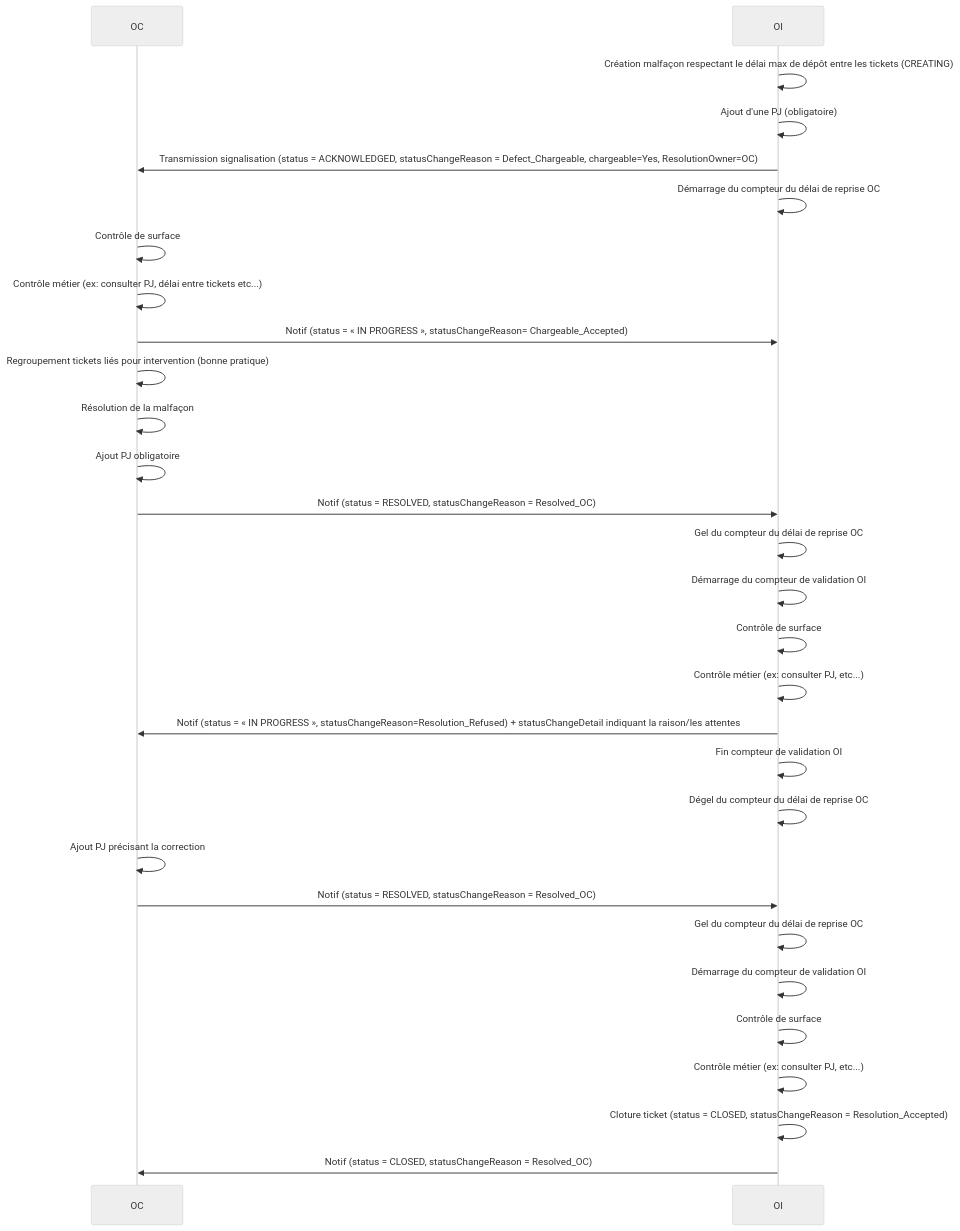
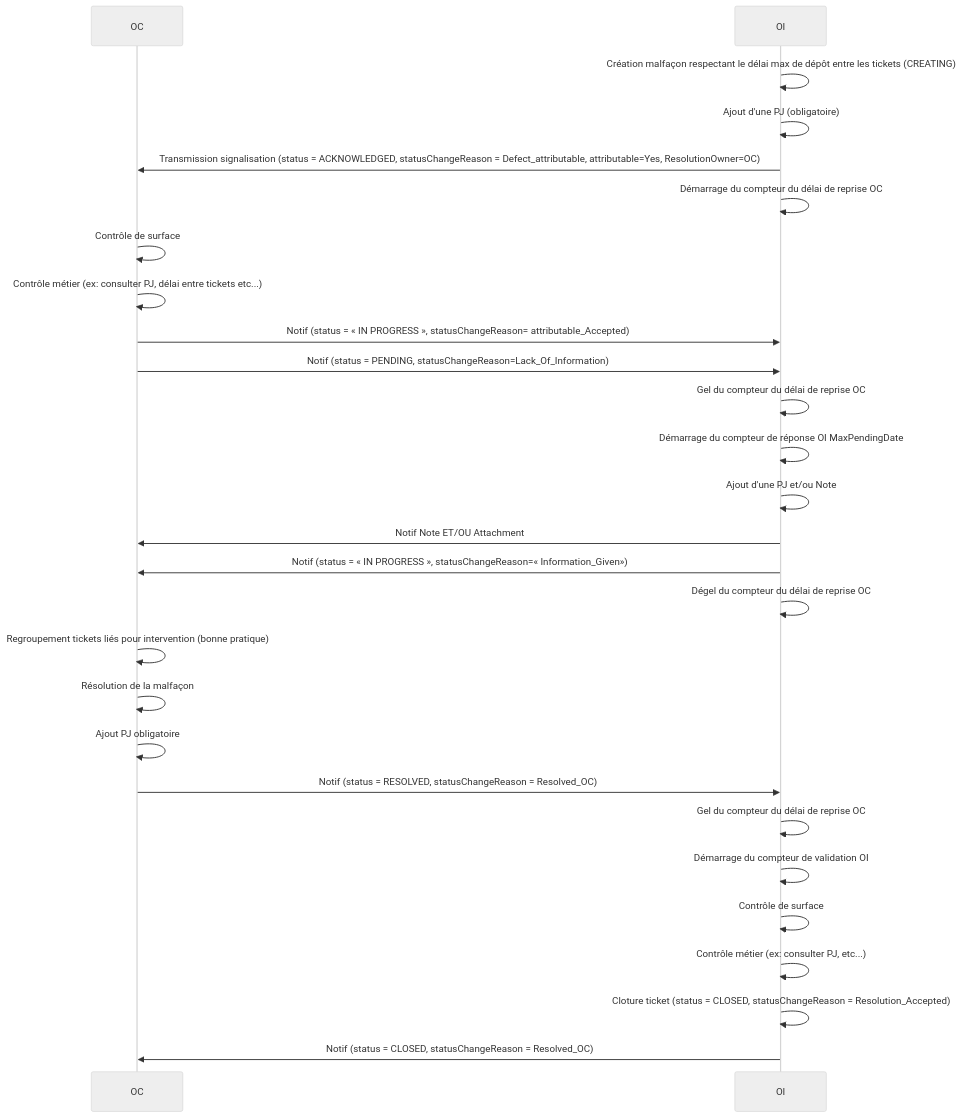
The seventh of 12 diagrams in README.md (before-interop/malfacon), drawn with Mermaid (neutral theme) before and after one commit. The commit also changed other lines of this file, not shown here.

````diff
--- a/README.md
+++ b/README.md
@@ -461,33 +491,31 @@
 ```mermaid
 sequenceDiagram
 
   participant OC
   participant OI
 
   OI->>OI: Création malfaçon respectant le délai max de dépôt entre les tickets (CREATING)
   OI->>OI: Ajout d'une PJ (obligatoire)
-  OI->>OC: Transmission signalisation (status = ACKNOWLEDGED, statusChangeReason = Defect_Chargeable, chargeable=Yes, ResolutionOwner=OC)
+  OI->>OC: Transmission signalisation (status = ACKNOWLEDGED, statusChangeReason = Defect_attributable, attributable=Yes, ResolutionOwner=OC)
   OI->>OI: Démarrage du compteur du délai de reprise OC
   OC->>OC: Contrôle de surface
   OC->>OC: Contrôle métier (ex: consulter PJ, délai entre tickets etc...)
-  OC->>OI: Notif (status = « IN PROGRESS », statusChangeReason= Chargeable_Accepted)
+  OC->>OI: Notif (status = « IN PROGRESS », statusChangeReason= attributable_Accepted)
+  OC->>OI: Notif (status = PENDING, statusChangeReason=Lack_Of_Information)
+  OI->>OI: Gel du compteur du délai de reprise OC
+  OI->>OI: Démarrage du compteur de réponse OI MaxPendingDate
+  OI->>OI: Ajout d'une PJ et/ou Note
+  OI->>OC: Notif Note ET/OU Attachment
+  OI->>OC: Notif (status = « IN PROGRESS », statusChangeReason=« Information_Given»)
+  OI->>OI: Dégel du compteur du délai de reprise OC
   OC->>OC: Regroupement tickets liés pour intervention (bonne pratique)
   OC->>OC: Résolution de la malfaçon
   OC->>OC: Ajout PJ obligatoire
   OC->>OI: Notif (status = RESOLVED, statusChangeReason = Resolved_OC)
   OI->>OI: Gel du compteur du délai de reprise OC
   OI->>OI: Démarrage du compteur de validation OI
   OI->>OI: Contrôle de surface
   OI->>OI: Contrôle métier (ex: consulter PJ, etc...)
-  OI->>OC: Notif (status = « IN PROGRESS », statusChangeReason=Resolution_Refused) + statusChangeDetail indiquant la raison/les attentes
-  OI->>OI: Fin compteur de validation OI
-  OI->>OI: Dégel du compteur du délai de reprise OC
-  OC->>OC: Ajout PJ précisant la correction
-  OC->>OI: Notif (status = RESOLVED, statusChangeReason = Resolved_OC)
-  OI->>OI: Gel du compteur du délai de reprise OC
-  OI->>OI: Démarrage du compteur de validation OI
-  OI->>OI: Contrôle de surface
-  OI->>OI: Contrôle métier (ex: consulter PJ, etc...)
   OI->>OI: Cloture ticket (status = CLOSED, statusChangeReason = Resolution_Accepted)
   OI->>OC: Notif (status = CLOSED, statusChangeReason = Resolved_OC)
 ```
````
